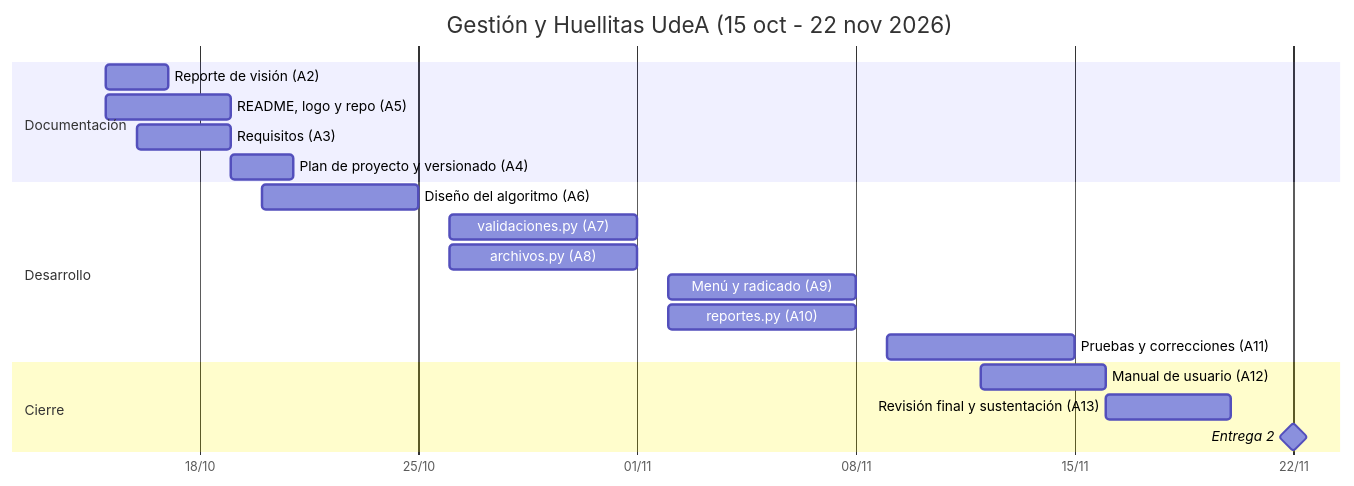
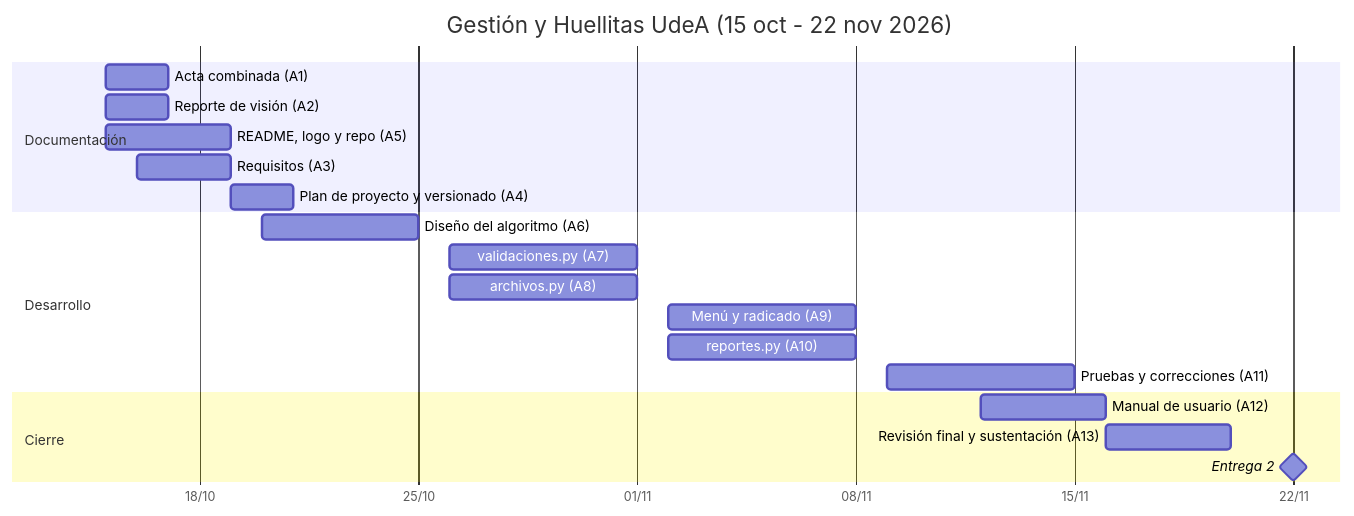
One commit to joselopez17-dev/gestion_y_huellitas_udea changed the diagram in docs/plan_proyecto.md. Above: the diagram before and after it, drawn with Mermaid. The commit also changed other lines of this file, not shown here.

````diff
--- a/docs/plan_proyecto.md
+++ b/docs/plan_proyecto.md
@@ -27,22 +34,23 @@
-```mermaid
+~~~mermaid
 gantt
     title Gestión y Huellitas UdeA (15 oct - 22 nov 2026)
     dateFormat YYYY-MM-DD
     axisFormat %d/%m
     section Documentación
+    Acta combinada (A1)             :a1, 2026-10-15, 2d
     Reporte de visión (A2)          :a2, 2026-10-15, 2d
     README, logo y repo (A5)        :a5, 2026-10-15, 4d
     Requisitos (A3)                 :a3, 2026-10-16, 3d
     Plan de proyecto y versionado (A4) :a4, 2026-10-19, 2d
     section Desarrollo
     Diseño del algoritmo (A6)       :a6, 2026-10-20, 5d
     validaciones.py (A7)            :a7, 2026-10-26, 6d
     archivos.py (A8)                :a8, 2026-10-26, 6d
     Menú y radicado (A9)            :a9, 2026-11-02, 6d
     reportes.py (A10)               :a10, 2026-11-02, 6d
     Pruebas y correcciones (A11)    :a11, 2026-11-09, 6d
     section Cierre
     Manual de usuario (A12)         :a12, 2026-11-12, 4d
     Revisión final y sustentación (A13) :a13, 2026-11-16, 4d
     Entrega 2                       :milestone, 2026-11-22, 0d
-```
+~~~
````
